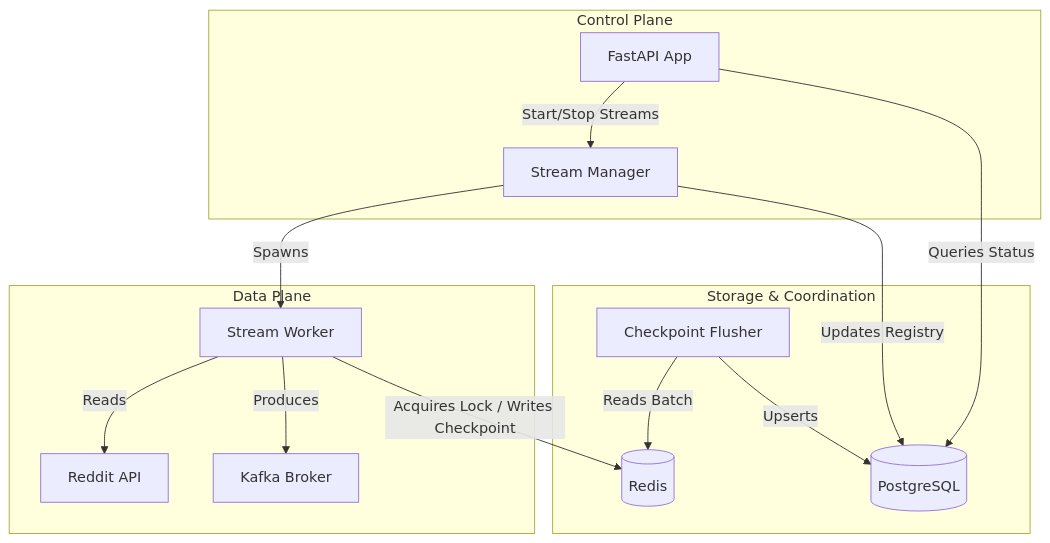
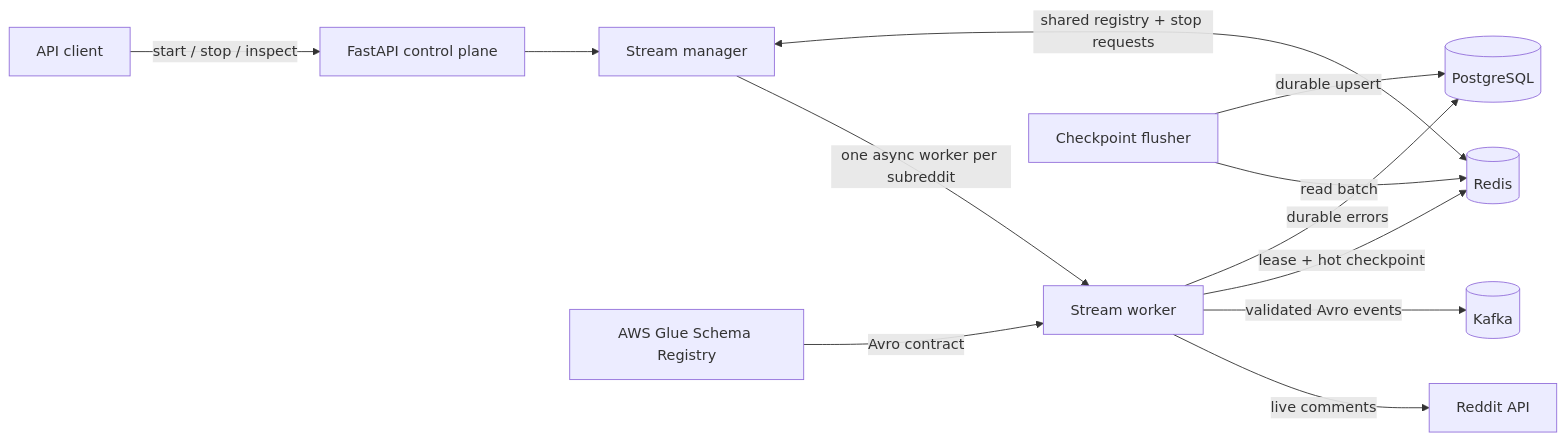
One commit to HassanRady/reddit_kafka changed the diagram in README.md. Above: the diagram before and after it, drawn with Mermaid. The commit also changed other lines of this file, not shown here.

Commit message:
docs(README): update project overview and architecture details for clarity

````diff
--- a/README.md
+++ b/README.md
@@ -21,22 +35,14 @@
 ```mermaid
-graph TD
-    subgraph Control Plane
-        API[FastAPI App]
-        API --> |Start/Stop Streams| SM[Stream Manager]
-    end
-
-    subgraph Data Plane
-        SM --> |Spawns| SW[Stream Worker]
-        SW --> |Reads| Reddit[Reddit API]
-        SW --> |Produces| Kafka[Kafka Broker]
-    end
-
-    subgraph Storage & Coordination
-        SW --> |Acquires Lock / Writes Checkpoint| Redis[(Redis)]
-        CF[Checkpoint Flusher] --> |Reads Batch| Redis
-        CF --> |Upserts| Postgres[(PostgreSQL)]
-        SM --> |Updates Registry| Postgres
-    end
-
-    API --> |Queries Status| Postgres
+flowchart LR
+    Client[API client] -->|start / stop / inspect| API[FastAPI control plane]
+    API --> Manager[Stream manager]
+    Manager -->|one async worker per subreddit| Worker[Stream worker]
+    Worker -->|live comments| Reddit[Reddit API]
+    Worker -->|validated Avro events| Kafka[(Kafka)]
+    Worker -->|lease + hot checkpoint| Redis[(Redis)]
+    Manager <-->|shared registry + stop requests| Redis
+    Flusher[Checkpoint flusher] -->|read batch| Redis
+    Flusher -->|durable upsert| Postgres[(PostgreSQL)]
+    Worker -->|durable errors| Postgres
+    Glue[AWS Glue Schema Registry] -->|Avro contract| Worker
 ```
````
